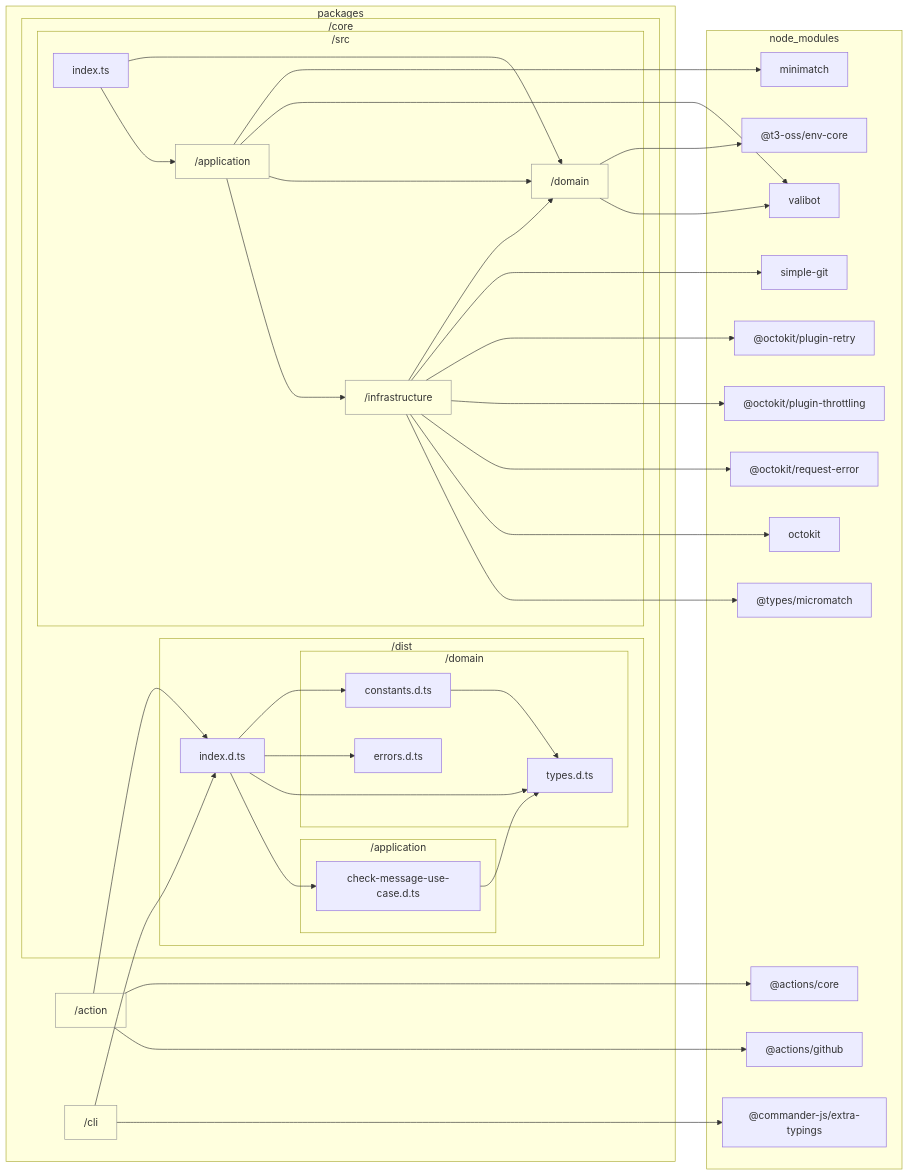
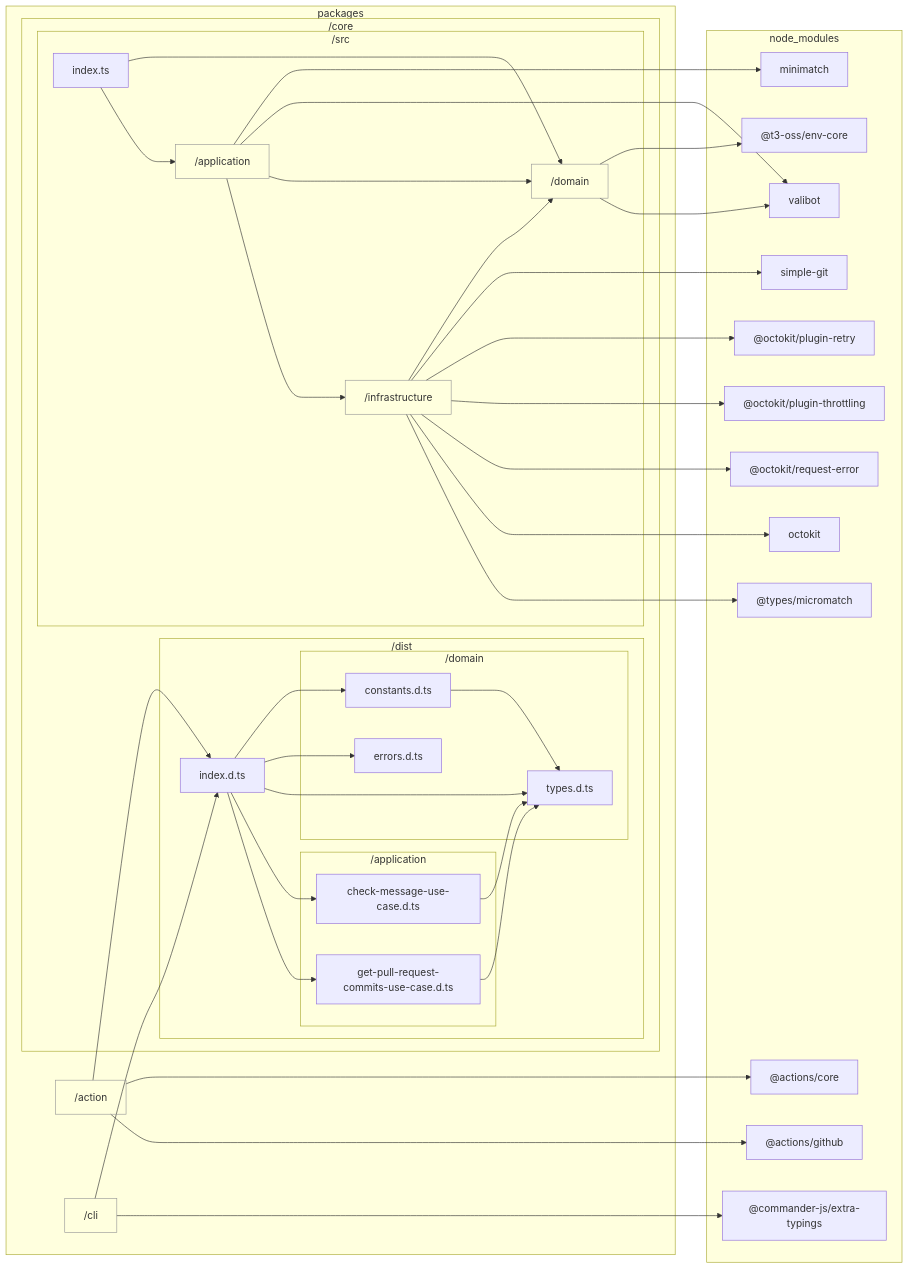
Before and after one commit to sugurutakahashi-1234/issue-linker: the diagram in docs/reports/dependencies/core-architecture.md, drawn with Mermaid. The commit also changed 18 other files, not shown here.

````diff
--- a/docs/reports/dependencies/core-architecture.md
+++ b/docs/reports/dependencies/core-architecture.md
@@ -7,67 +7,70 @@
 ```mermaid
 flowchart LR
     classDef dir fill:#0000,stroke:#999
     subgraph packages["packages"]
         packages/action["/action"]:::dir
         packages/cli["/cli"]:::dir
         subgraph packages/core["/core"]
             subgraph packages/core/dist["/dist"]
                 packages/core/dist/index.d.ts["index.d.ts"]
                 subgraph packages/core/dist/domain["/domain"]
                     packages/core/dist/domain/types.d.ts["types.d.ts"]
                     packages/core/dist/domain/constants.d.ts["constants.d.ts"]
                     packages/core/dist/domain/errors.d.ts["errors.d.ts"]
                 end
                 subgraph packages/core/dist/application["/application"]
                     packages/core/dist/application/check//message//use//case.d.ts["check-message-use-case.d.ts"]
+                    packages/core/dist/application/get//pull//request//commits//use//case.d.ts["get-pull-request-commits-use-case.d.ts"]
                 end
             end
             subgraph packages/core/src["/src"]
                 packages/core/src/domain["/domain"]:::dir
                 packages/core/src/infrastructure["/infrastructure"]:::dir
                 packages/core/src/application["/application"]:::dir
                 packages/core/src/index.ts["index.ts"]
             end
         end
     end
     subgraph node//modules["node_modules"]
         node//modules///actions/core/lib/core.d.ts["@actions/core"]
         node//modules///actions/github/lib/github.d.ts["@actions/github"]
         node//modules///commander//js/extra//typings/index.d.ts["@commander-js/extra-typings"]
         node//modules///t3//oss/env//core/dist/index.d.ts["@t3-oss/env-core"]
         node//modules/valibot/dist/index.d.cts["valibot"]
         node//modules/simple//git/dist/typings/index.d.ts["simple-git"]
         node//modules///octokit/plugin//retry/dist//types/index.d.ts["@octokit/plugin-retry"]
         node//modules///octokit/plugin//throttling/dist//types/index.d.ts["@octokit/plugin-throttling"]
         node//modules///octokit/request//error/dist//types/index.d.ts["@octokit/request-error"]
         node//modules/octokit/dist//types/index.d.ts["octokit"]
         node//modules/minimatch/dist/commonjs/index.d.ts["minimatch"]
         node//modules///types/micromatch/index.d.ts["@types/micromatch"]
     end
     packages/core/dist/domain/constants.d.ts-->packages/core/dist/domain/types.d.ts
     packages/core/dist/application/check//message//use//case.d.ts-->packages/core/dist/domain/types.d.ts
+    packages/core/dist/application/get//pull//request//commits//use//case.d.ts-->packages/core/dist/domain/types.d.ts
     packages/core/dist/index.d.ts-->packages/core/dist/domain/constants.d.ts
     packages/core/dist/index.d.ts-->packages/core/dist/domain/errors.d.ts
     packages/core/dist/index.d.ts-->packages/core/dist/domain/types.d.ts
     packages/core/dist/index.d.ts-->packages/core/dist/application/check//message//use//case.d.ts
+    packages/core/dist/index.d.ts-->packages/core/dist/application/get//pull//request//commits//use//case.d.ts
     packages/action-->node//modules///actions/core/lib/core.d.ts
     packages/action-->node//modules///actions/github/lib/github.d.ts
     packages/action-->packages/core/dist/index.d.ts
     packages/cli-->node//modules///commander//js/extra//typings/index.d.ts
     packages/cli-->packages/core/dist/index.d.ts
     packages/core/src/domain-->node//modules///t3//oss/env//core/dist/index.d.ts
     packages/core/src/domain-->node//modules/valibot/dist/index.d.cts
     packages/core/src/infrastructure-->packages/core/src/domain
     packages/core/src/infrastructure-->node//modules/simple//git/dist/typings/index.d.ts
     packages/core/src/infrastructure-->node//modules///octokit/plugin//retry/dist//types/index.d.ts
     packages/core/src/infrastructure-->node//modules///octokit/plugin//throttling/dist//types/index.d.ts
     packages/core/src/infrastructure-->node//modules///octokit/request//error/dist//types/index.d.ts
     packages/core/src/infrastructure-->node//modules/octokit/dist//types/index.d.ts
     packages/core/src/application-->node//modules/minimatch/dist/commonjs/index.d.ts
     packages/core/src/application-->node//modules/valibot/dist/index.d.cts
     packages/core/src/application-->packages/core/src/domain
     packages/core/src/application-->packages/core/src/infrastructure
     packages/core/src/index.ts-->packages/core/src/domain
     packages/core/src/index.ts-->packages/core/src/application
     packages/core/src/infrastructure-->node//modules///types/micromatch/index.d.ts
 ```
````
